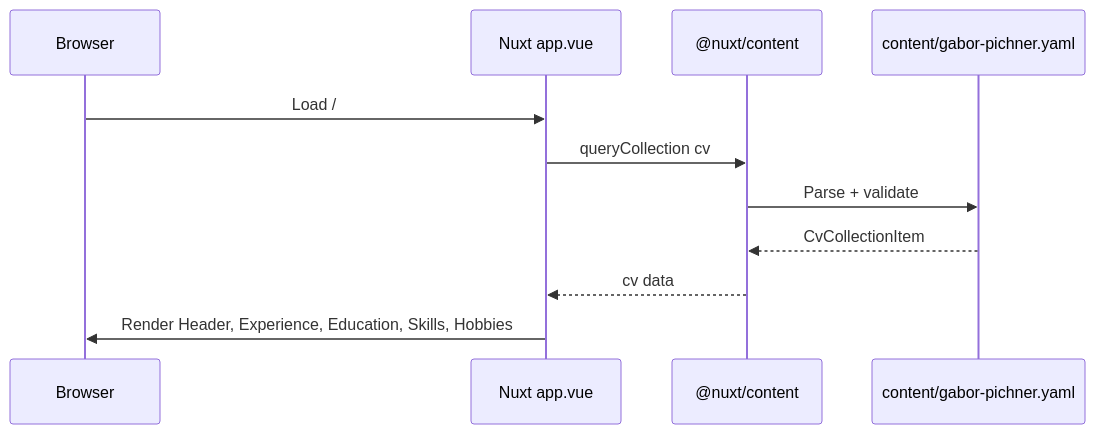
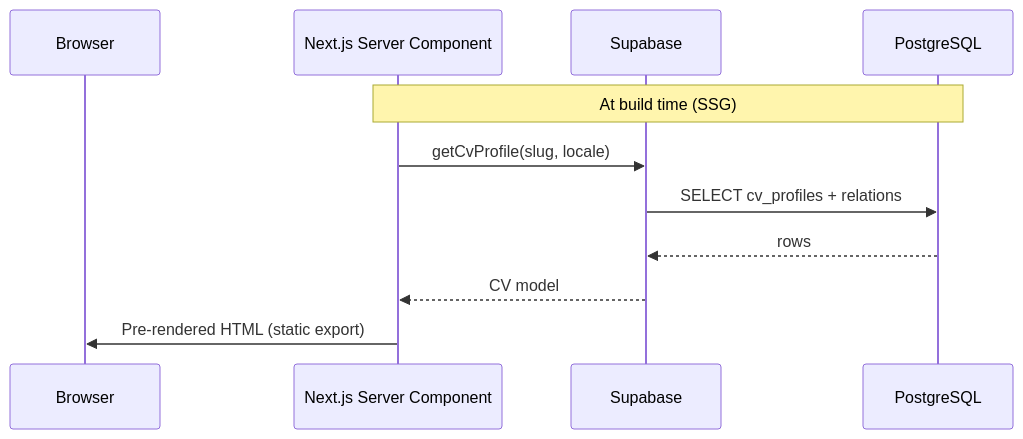
Before and after one commit to 95gabor/cv: the second of 3 diagrams in docs/.ai/architecture.md, drawn with Mermaid. The commit also changed other lines of this file and 153 other files, not shown here.

First line of the commit message:
feat!: rewrite CV site on Next.js, Supabase, and pnpm (#148)

````diff
--- a/docs/.ai/architecture.md
+++ b/docs/.ai/architecture.md
@@ -41,14 +42,14 @@
 ```mermaid
 sequenceDiagram
     participant Browser
-    participant Nuxt as Nuxt app.vue
-    participant Content as @nuxt/content
-    participant YAML as content/gabor-pichner.yaml
+    participant Next as Next.js Server Component
+    participant SB as Supabase
+    participant DB as PostgreSQL
 
-    Browser->>Nuxt: Load /
-    Nuxt->>Content: queryCollection cv
-    Content->>YAML: Parse + validate
-    YAML-->>Content: CvCollectionItem
-    Content-->>Nuxt: cv data
-    Nuxt->>Browser: Render Header, Experience, Education, Skills, Hobbies
+    Note over Next,DB: At build time (SSG)
+    Next->>SB: getCvProfile(slug, locale)
+    SB->>DB: SELECT cv_profiles + relations
+    DB-->>SB: rows
+    SB-->>Next: CV model
+    Next->>Browser: Pre-rendered HTML (static export)
 ```
````
